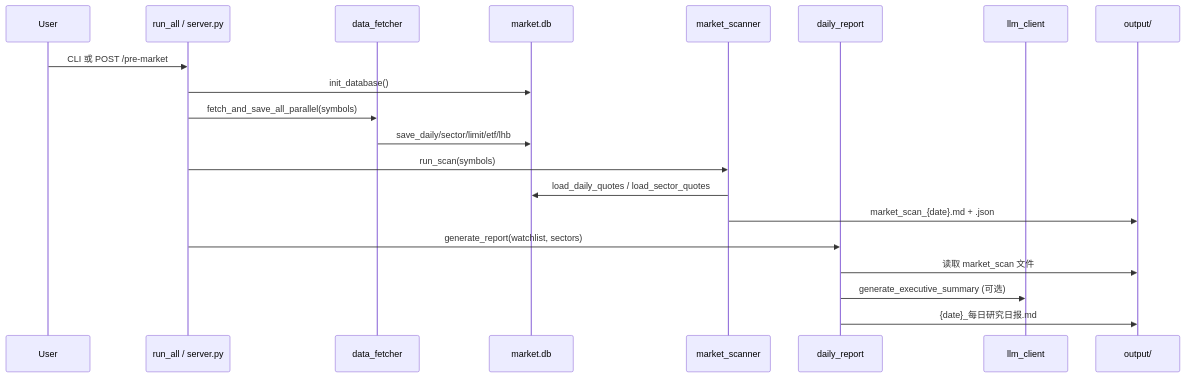
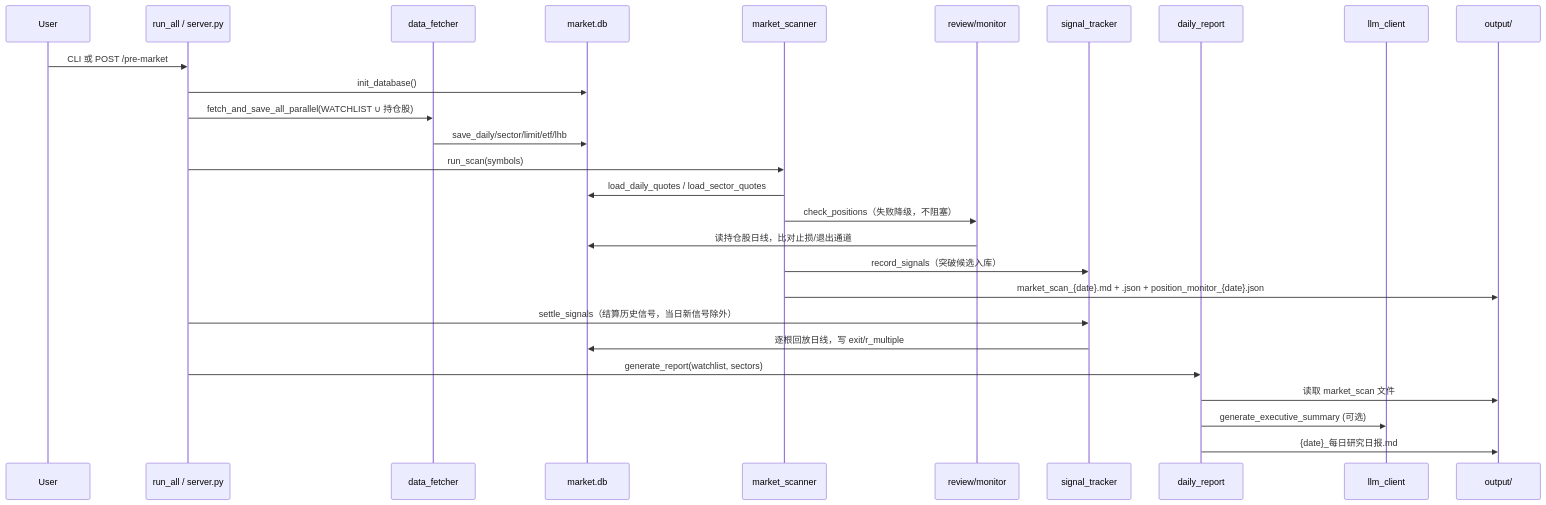
Before and after one commit to fukangjian/BIllion: the third of 6 diagrams in Invest/ARCHITECTURE.md, drawn with Mermaid. The commit also changed other lines of this file and 46 other files, not shown here.

````diff
--- a/Invest/ARCHITECTURE.md
+++ b/Invest/ARCHITECTURE.md
@@ -205,23 +216,30 @@
 ```mermaid
 sequenceDiagram
     participant User
     participant Entry as run_all / server.py
     participant Fetch as data_fetcher
     participant DB as market.db
     participant Scan as market_scanner
+    participant Mon as review/monitor
+    participant ST as signal_tracker
     participant Report as daily_report
     participant LLM as llm_client
     participant Out as output/
 
     User->>Entry: CLI 或 POST /pre-market
     Entry->>DB: init_database()
-    Entry->>Fetch: fetch_and_save_all_parallel(symbols)
+    Entry->>Fetch: fetch_and_save_all_parallel(WATCHLIST ∪ 持仓股)
     Fetch->>DB: save_daily/sector/limit/etf/lhb
     Entry->>Scan: run_scan(symbols)
     Scan->>DB: load_daily_quotes / load_sector_quotes
-    Scan->>Out: market_scan_{date}.md + .json
+    Scan->>Mon: check_positions（失败降级，不阻塞）
+    Mon->>DB: 读持仓股日线，比对止损/退出通道
+    Scan->>ST: record_signals（突破候选入库）
+    Scan->>Out: market_scan_{date}.md + .json + position_monitor_{date}.json
+    Entry->>ST: settle_signals（结算历史信号，当日新信号除外）
+    ST->>DB: 逐根回放日线，写 exit/r_multiple
     Entry->>Report: generate_report(watchlist, sectors)
     Report->>Out: 读取 market_scan 文件
     Report->>LLM: generate_executive_summary (可选)
     Report->>Out: {date}_每日研究日报.md
 ```
````
